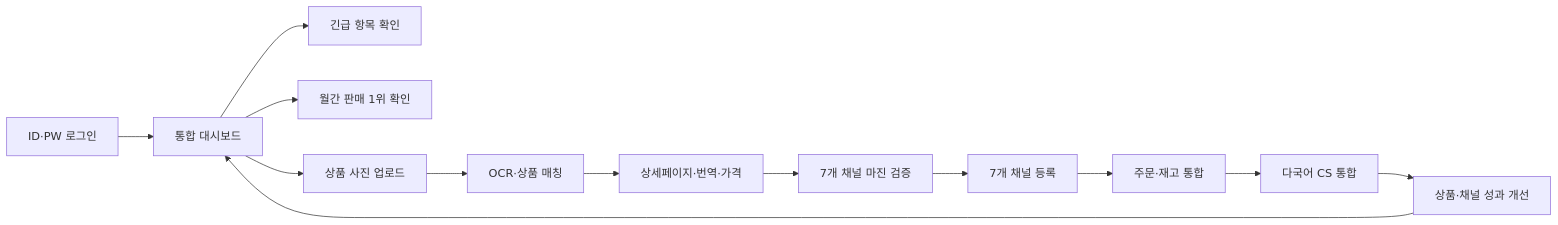
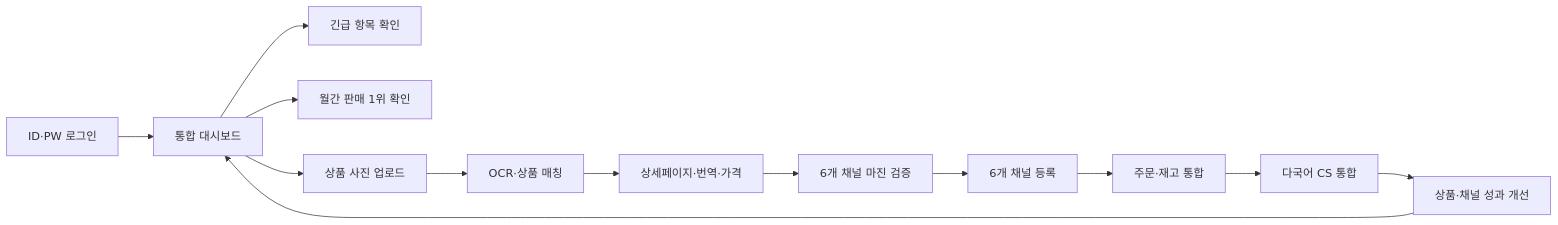
One commit to couplit-korean/sellerpilot-global changed the diagram in docs/멀티채널_커머스_운영센터_스토리보드.md. Above: the diagram before and after it, drawn with Mermaid. The commit also changed other lines of this file and 50 other files, not shown here.

````diff
--- a/docs/멀티채널_커머스_운영센터_스토리보드.md
+++ b/docs/멀티채널_커머스_운영센터_스토리보드.md
@@ -23,15 +23,15 @@
 ```mermaid
 flowchart LR
   A["ID·PW 로그인"] --> B["통합 대시보드"]
   B --> C["긴급 항목 확인"]
   B --> D["월간 판매 1위 확인"]
   B --> E["상품 사진 업로드"]
   E --> F["OCR·상품 매칭"]
   F --> G["상세페이지·번역·가격"]
-  G --> M["7개 채널 마진 검증"]
-  M --> H["7개 채널 등록"]
+  G --> M["6개 채널 마진 검증"]
+  M --> H["6개 채널 등록"]
   H --> I["주문·재고 통합"]
   I --> J["다국어 CS 통합"]
   J --> K["상품·채널 성과 개선"]
   K --> B
 ```
````
